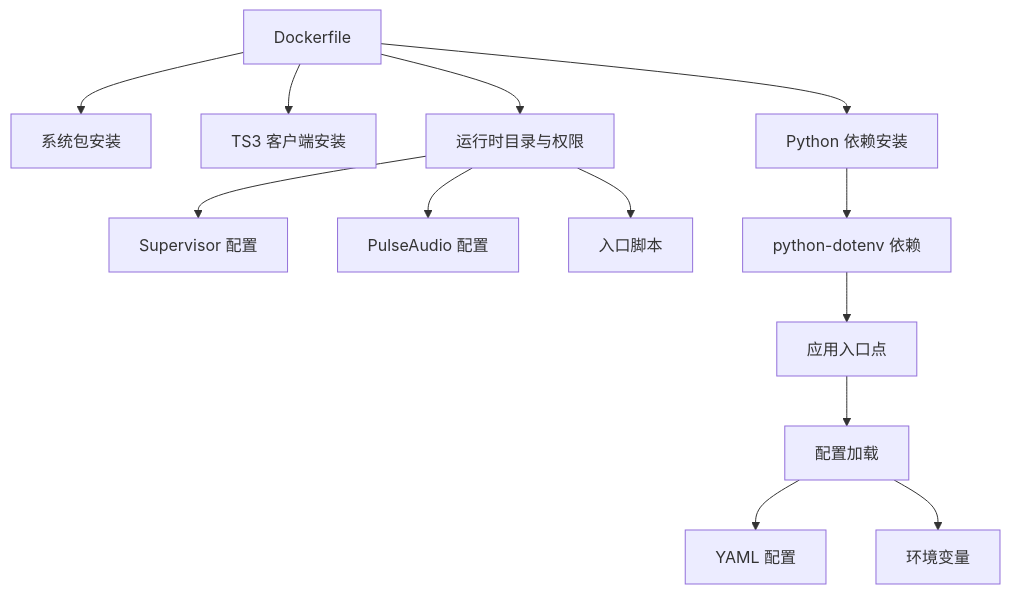
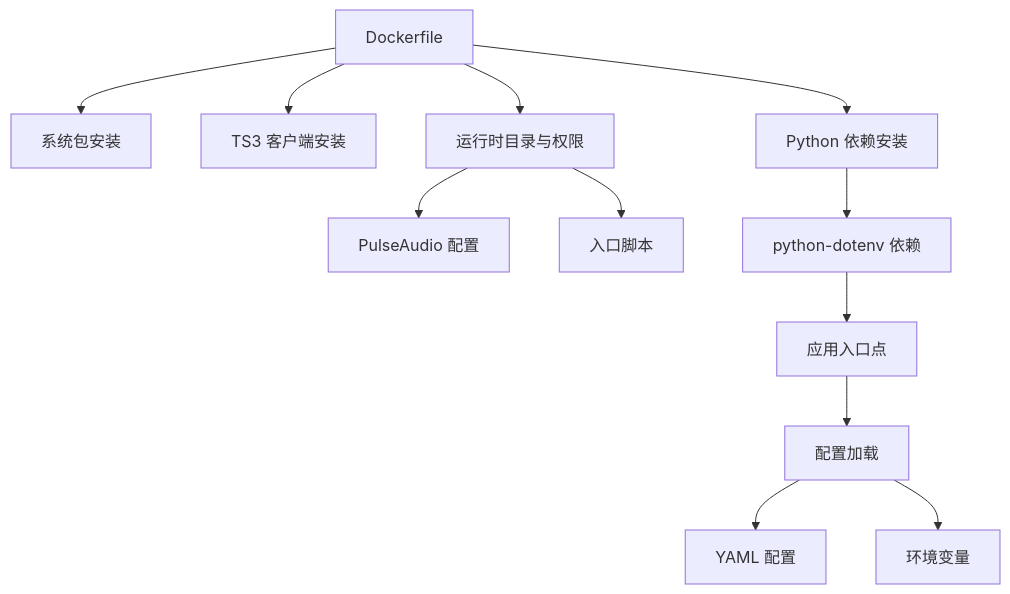
The seventh of 7 diagrams in .qoder/repowiki/zh/content/部署和运维/环境配置.md (GhoulOwl/Teamspeak3_Bot), drawn with Mermaid before and after one commit. The commit also changed other lines of this file and 8 other files, not shown here.

````diff
--- a/.qoder/repowiki/zh/content/部署和运维/环境配置.md
+++ b/.qoder/repowiki/zh/content/部署和运维/环境配置.md
@@ -301,15 +301,14 @@
 ```mermaid
 graph TB
 DF["Dockerfile"] --> SYS["系统包安装"]
 DF --> TS3["TS3 客户端安装"]
 DF --> PY["Python 依赖安装"]
 DF --> RUNTIME["运行时目录与权限"]
-RUNTIME --> SUPCFG["Supervisor 配置"]
 RUNTIME --> PACFG["PulseAudio 配置"]
 RUNTIME --> ENTRY["入口脚本"]
 PY --> DOTENV["python-dotenv 依赖"]
 DOTENV --> MAIN["应用入口点"]
 MAIN --> CONFIG["配置加载"]
 CONFIG --> YAML["YAML 配置"]
 CONFIG --> ENV["环境变量"]
 ```
````
